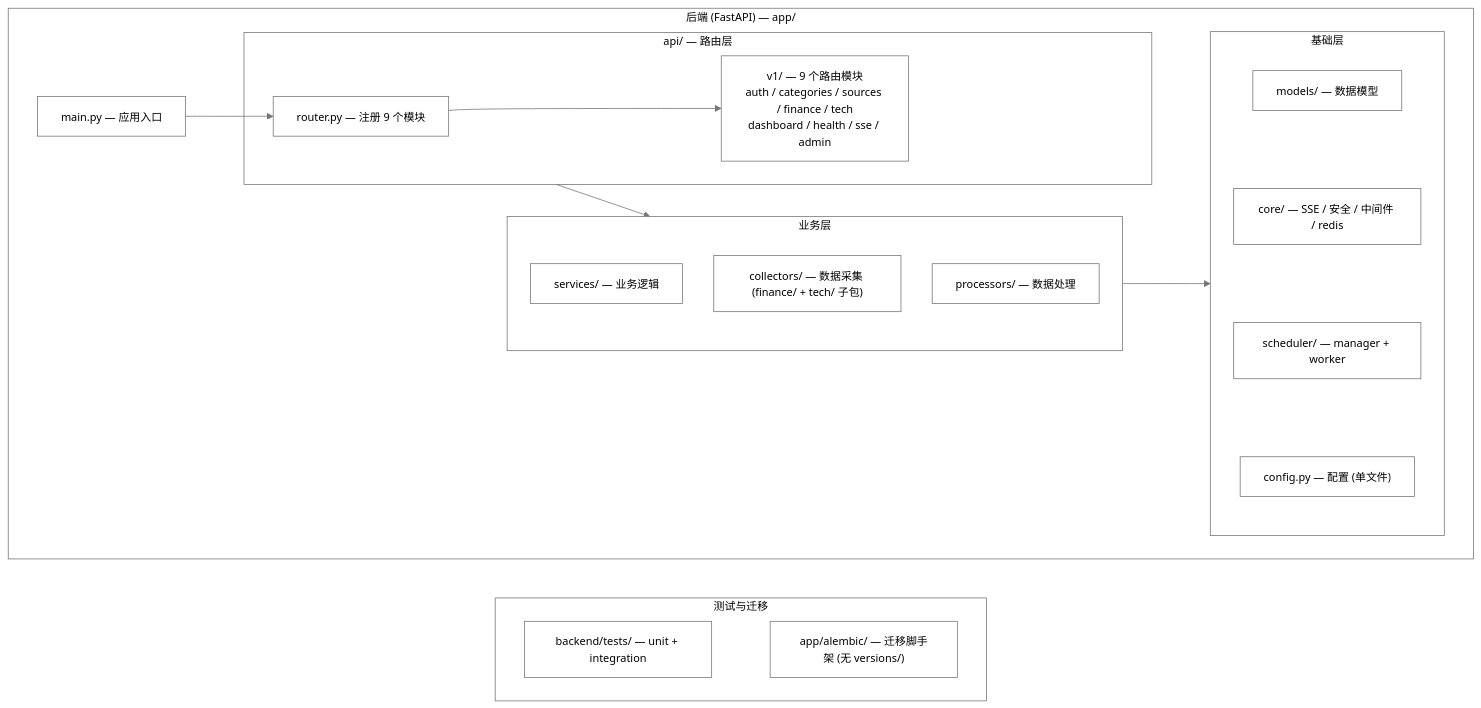
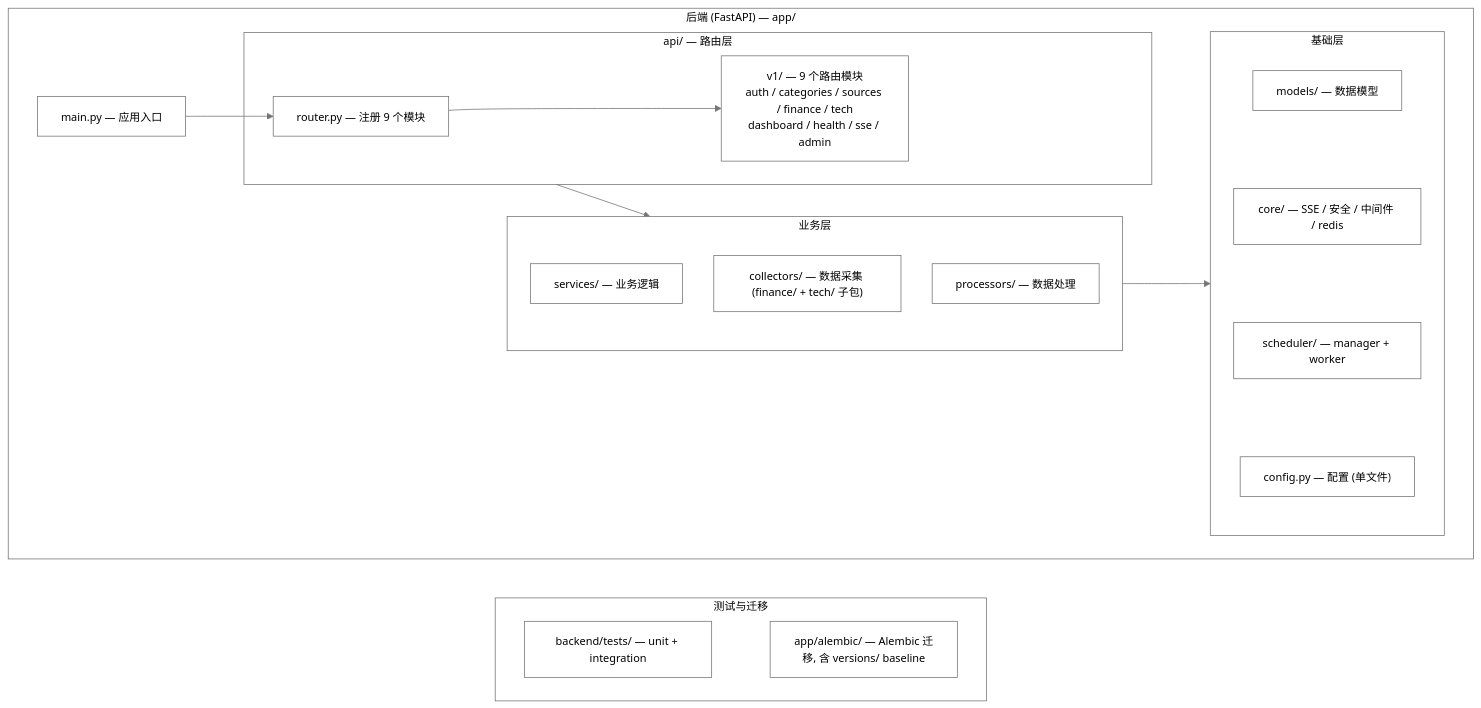
The third of 4 diagrams in docs/dev-guide/design/architecture.md (onceme/instantboard), drawn with Mermaid before and after one commit. The commit also changed other lines of this file and 8 other files, not shown here.

Commit message:
feat: alembic baseline migration and upgrade-first startup

````diff
--- a/docs/dev-guide/design/architecture.md
+++ b/docs/dev-guide/design/architecture.md
@@ -122,27 +122,27 @@
 ```mermaid
 %%{init: {"theme": "base", "themeVariables": {"primaryColor": "#ffffff", "primaryTextColor": "#000000", "primaryBorderColor": "#767676", "lineColor": "#767676", "arrowheadColor": "#767676", "secondaryColor": "#ffffff", "secondaryTextColor": "#000000", "secondaryBorderColor": "#767676", "tertiaryColor": "#ffffff", "tertiaryTextColor": "#000000", "tertiaryBorderColor": "#767676", "edgeLabelBackground": "#ffffff", "textColor": "#000000", "nodeTextColor": "#000000", "mainBkg": "#ffffff", "nodeBorder": "#767676", "clusterBkg": "#ffffff", "clusterBdr": "#767676", "clusterTextColor": "#000000", "titleColor": "#000000", "fontSize": "14px"}, "flowchart": {"nodeSpacing": 40, "rankSpacing": 50, "wrappingWidth": 180, "useMaxWidth": true}}}%%
 graph TD
     subgraph Backend["后端 (FastAPI) — app/"]
         MainPy["main.py — 应用入口"]
         subgraph APIRoute["api/ — 路由层"]
             RouterPy["router.py — 注册 9 个模块"]
             V1["v1/ — 9 个路由模块<br/>auth / categories / sources / finance / tech<br/>dashboard / health / sse / admin"]
             RouterPy --> V1
         end
         subgraph Biz["业务层"]
             Services["services/ — 业务逻辑"]
             Collectors["collectors/ — 数据采集 (finance/ + tech/ 子包)"]
             Processors["processors/ — 数据处理"]
         end
         subgraph Infra["基础层"]
             Models["models/ — 数据模型"] ~~~ CoreDir["core/ — SSE / 安全 / 中间件 / redis"] ~~~ SchedulerDir["scheduler/ — manager + worker"] ~~~ ConfigPy["config.py — 配置 (单文件)"]
         end
         MainPy --> RouterPy
         APIRoute --> Biz
         Biz --> Infra
     end
     subgraph BackendOther["测试与迁移"]
-        Tests["backend/tests/ — unit + integration"] ~~~ Alembic["app/alembic/ — 迁移脚手架 (无 versions/)"]
+        Tests["backend/tests/ — unit + integration"] ~~~ Alembic["app/alembic/ — Alembic 迁移, 含 versions/ baseline"]
     end
     Backend ~~~ BackendOther
 ```
````
